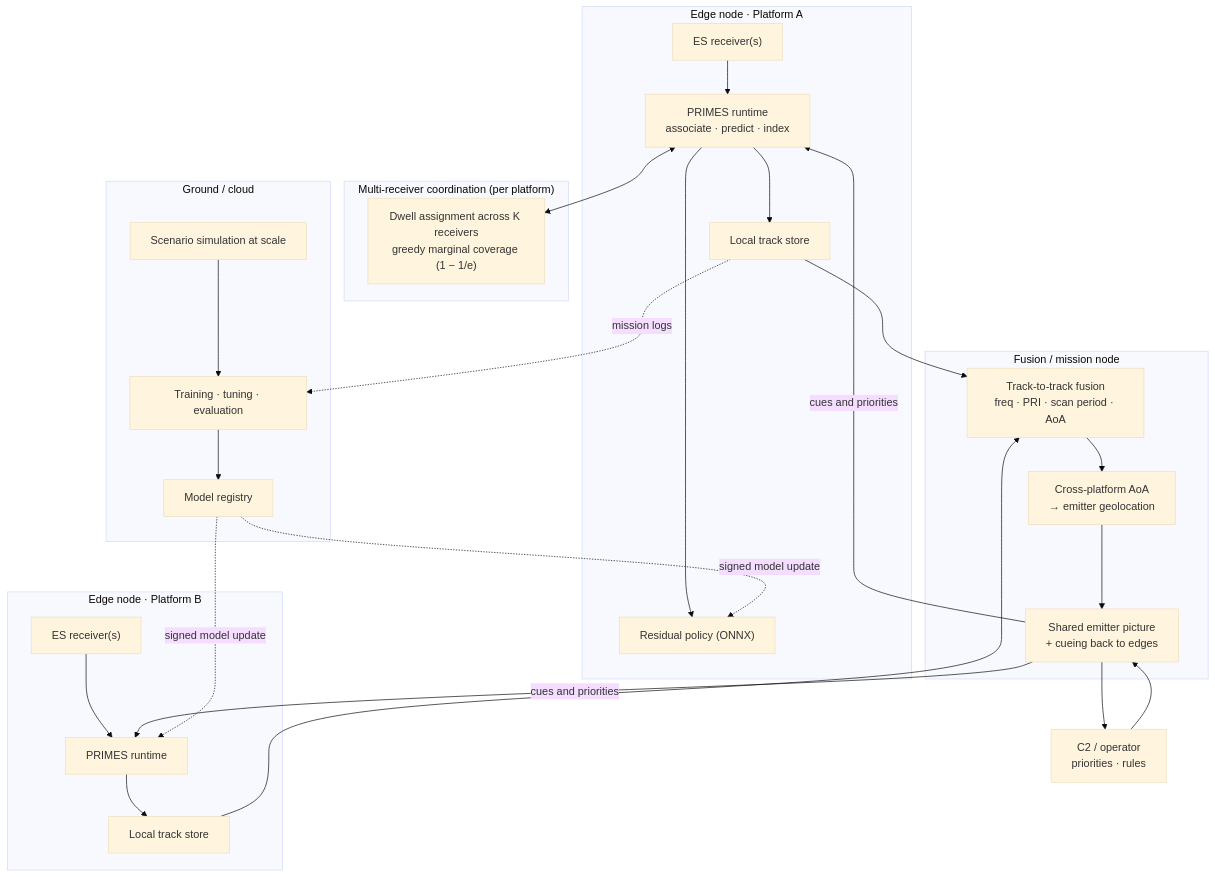
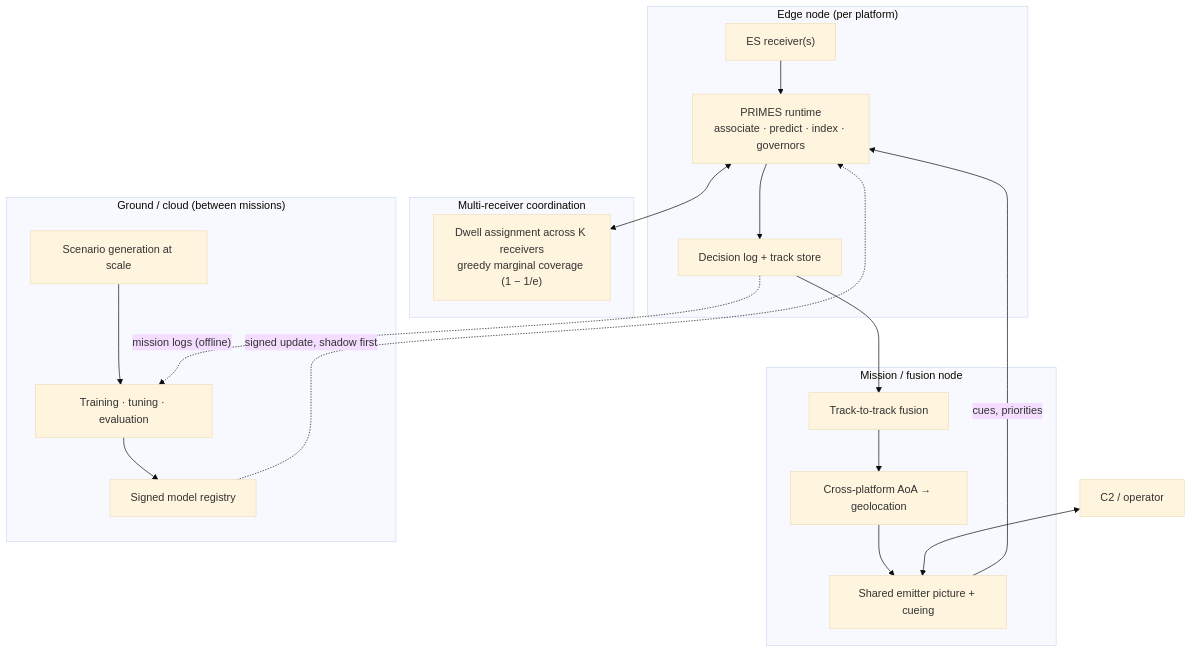
One commit to abhishek-pandey7/Smart-Scan-strategy-for-Electronic-Warfare changed the fourth of 4 diagrams in docs/PRIMES_FULL_ARCHITECTURE.md. Above: the diagram before and after it, drawn with Mermaid (base theme). The commit also changed other lines of this file, not shown here.

````diff
--- a/docs/PRIMES_FULL_ARCHITECTURE.md
+++ b/docs/PRIMES_FULL_ARCHITECTURE.md
@@ -287,39 +282,25 @@
 ```mermaid
 flowchart TB
-    subgraph EDGE1["Edge node · Platform A"]
-        RX1["ES receiver(s)"] --> RT1["PRIMES runtime<br/>associate · predict · index"]
-        RT1 --> ONNX1["Residual policy (ONNX)"]
-        RT1 --> TS1["Local track store"]
+    subgraph EDGE["Edge node (per platform)"]
+        RX["ES receiver(s)"] --> RT["PRIMES runtime<br/>associate · predict · index · governors"]
+        RT --> LOG["Decision log + track store"]
     end
-    subgraph EDGE2["Edge node · Platform B"]
-        RX2["ES receiver(s)"] --> RT2["PRIMES runtime"]
-        RT2 --> TS2["Local track store"]
-    end
-    subgraph COORD["Multi-receiver coordination (per platform)"]
+    subgraph COORD["Multi-receiver coordination"]
         ASSIGN["Dwell assignment across K receivers<br/>greedy marginal coverage (1 − 1/e)"]
     end
-    subgraph FUSE["Fusion / mission node"]
-        T2T["Track-to-track fusion<br/>freq · PRI · scan period · AoA"]
-        GEO["Cross-platform AoA<br/>→ emitter geolocation"]
-        PIC["Shared emitter picture<br/>+ cueing back to edges"]
+    subgraph FUSE["Mission / fusion node"]
+        T2T["Track-to-track fusion"] --> GEO["Cross-platform AoA → geolocation"]
+        GEO --> PIC["Shared emitter picture + cueing"]
     end
-    subgraph CLOUD["Ground / cloud"]
-        SIMS["Scenario simulation at scale"]
-        TRAIN["Training · tuning · evaluation"]
-        MREG["Model registry"]
+    subgraph GROUND["Ground / cloud (between missions)"]
+        SIMS["Scenario generation at scale"] --> TRAIN["Training · tuning · evaluation"]
+        TRAIN --> REG["Signed model registry"]
     end
-    C2N["C2 / operator<br/>priorities · rules"]
-
-    RT1 <--> ASSIGN
-    TS1 --> T2T
-    TS2 --> T2T
-    T2T --> GEO --> PIC
-    PIC -- cues and priorities --> RT1
-    PIC -- cues and priorities --> RT2
-    C2N --> PIC
-    PIC --> C2N
-    TS1 -. mission logs .-> TRAIN
-    SIMS --> TRAIN --> MREG
-    MREG -. signed model update .-> ONNX1
-    MREG -. signed model update .-> RT2
+    C2["C2 / operator"]
+    RT <--> ASSIGN
+    LOG --> T2T
+    PIC -- cues, priorities --> RT
+    C2 <--> PIC
+    LOG -. mission logs (offline) .-> TRAIN
+    REG -. signed update, shadow first .-> RT
 ```
````
